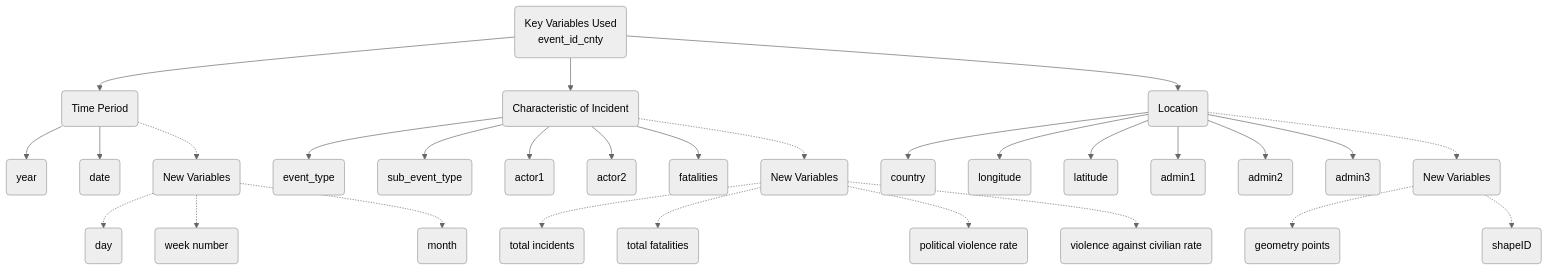
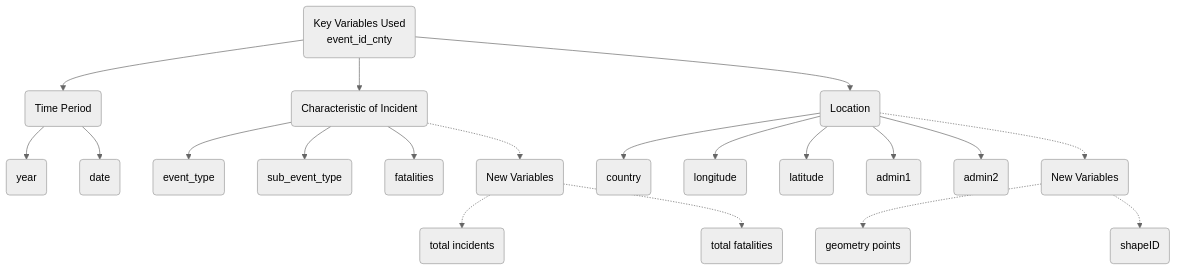
The diagram in Team/ProjectProposal/ProjectProposal(revised).qmd (teoose/VAA-GroupProject-Netlify-), drawn with Mermaid (neutral theme) before and after one commit. The commit also changed other lines of this file and 25 other files, not shown here.

````diff
--- a/Team/ProjectProposal/ProjectProposal(revised).qmd
+++ b/Team/ProjectProposal/ProjectProposal(revised).qmd
@@ -43,37 +43,27 @@
 ```{mermaid}
 %%| echo: false
 flowchart TD
   A(Key Variables Used \n event_id_cnty)
   A --> B(Time Period)
   A --> C(Characteristic of Incident)
   A --> D(Location)
   
   B --> E(year)
   B --> F(date)
-  B -.-> G(New Variables)
-  G -.-> H(day)
-  G -.-> I(week number)
-  G -.-> J(month)
 
-
-  C --> K(event_type)
-  C --> L(sub_event_type)
-  C --> M(actor1)
-  C --> N(actor2)
-  C --> O(fatalities)
-  C -.-> P(New Variables)
-  P -.-> Q(total incidents)
-  P -.-> R(total fatalities)
-  P -.-> S(political violence rate)
-  P -.-> T(violence against civilian rate)
+  C --> G(event_type)
+  C --> H(sub_event_type)
+  C --> J(fatalities)
+  C -.-> K(New Variables)
+  K -.-> L(total incidents)
+  K -.-> M(total fatalities)
   
-  D --> U(country)
-  D --> V(longitude)
-  D --> W(latitude)
-  D --> X(admin1)
-  D --> Y(admin2)
-  D --> Z(admin3)
-  D -.-> AA(New Variables)
-  AA -.-> AB(geometry points)
-  AA -.-> AC(shapeID)
+  D --> N(country)
+  D --> O(longitude)
+  D --> P(latitude)
+  D --> Q(admin1)
+  D --> R(admin2)
+  D -.-> S(New Variables)
+  S -.-> T(geometry points)
+  S -.-> U(shapeID)
 ```
````
